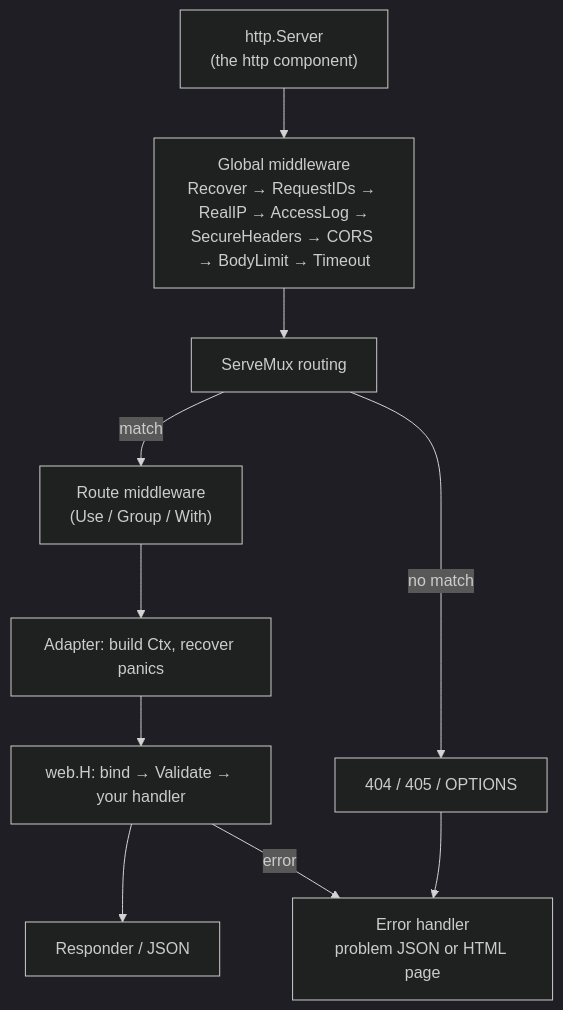
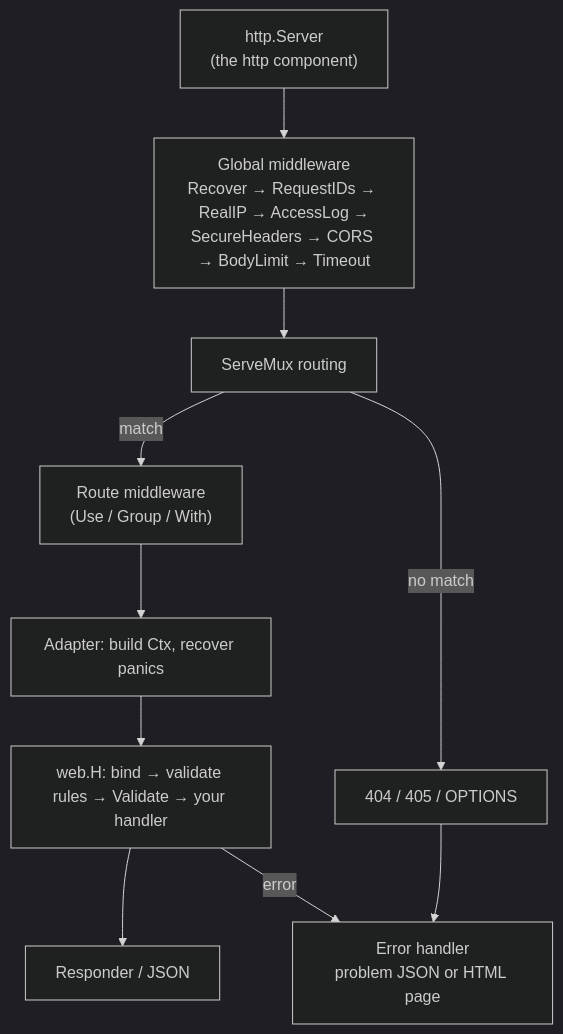
One commit to anetos-dev/anetos changed the diagram in docs/site/concepts/http-request-lifecycle.md. Above: the diagram before and after it, drawn with Mermaid (dark theme). The commit also changed other lines of this file and 25 other files, not shown here.

````diff
--- a/docs/site/concepts/http-request-lifecycle.md
+++ b/docs/site/concepts/http-request-lifecycle.md
@@ -11,12 +11,12 @@
 ```mermaid
 flowchart TB
     A["http.Server<br/>(the http component)"] --> G["Global middleware<br/>Recover → RequestIDs → RealIP → AccessLog →<br/>SecureHeaders → CORS → BodyLimit → Timeout"]
     G --> M["ServeMux routing"]
     M -->|match| R["Route middleware<br/>(Use / Group / With)"]
     M -->|no match| F["404 / 405 / OPTIONS"]
     R --> H["Adapter: build Ctx, recover panics"]
-    H --> B["web.H: bind → Validate → your handler"]
+    H --> B["web.H: bind → validate rules → Validate → your handler"]
     B --> O["Responder / JSON"]
     B -->|error| E["Error handler<br/>problem JSON or HTML page"]
     F --> E
 ```
````
